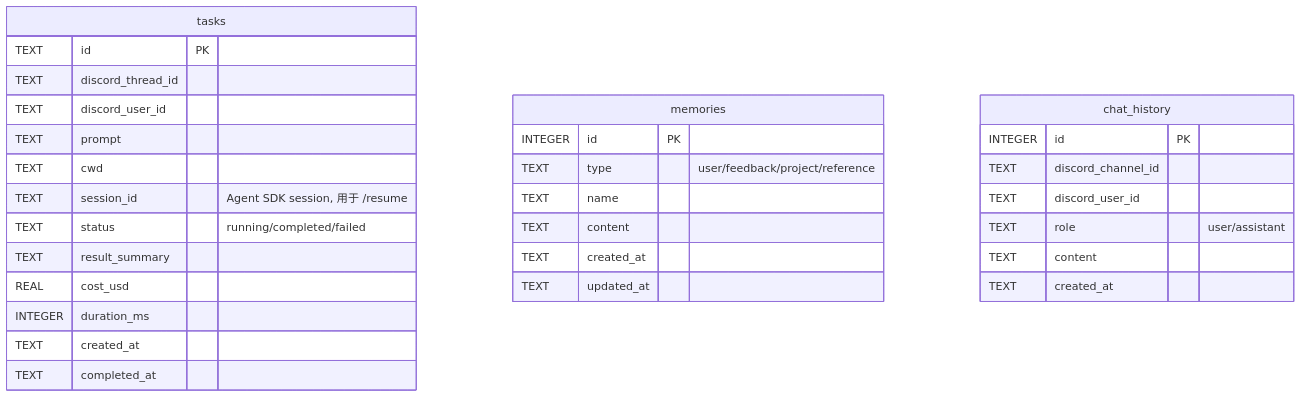
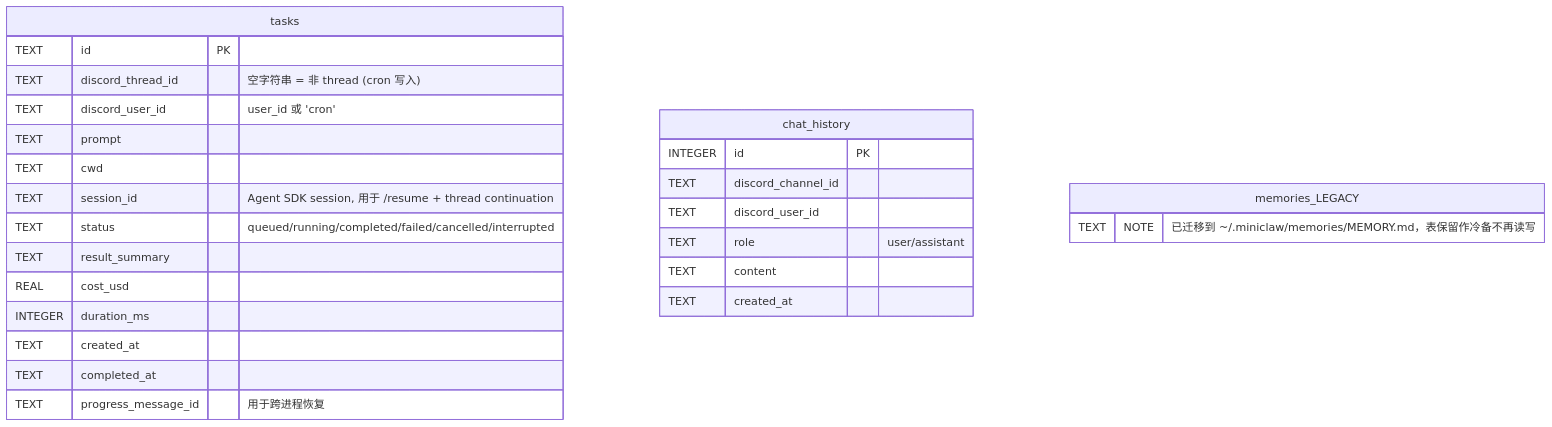
One commit to yuanyunfan/miniclaw changed the fifth of 5 diagrams in docs/architecture.md. Above: the diagram before and after it, drawn with Mermaid. The commit also changed other lines of this file and 1 other file, not shown here.

First line of the commit message:
docs: 更新 architecture.md + bot-routing.md 反映最近所有改动

````diff
--- a/docs/architecture.md
+++ b/docs/architecture.md
@@ -247,33 +344,29 @@
 ```mermaid
 erDiagram
     tasks {
         TEXT id PK
-        TEXT discord_thread_id
-        TEXT discord_user_id
+        TEXT discord_thread_id "空字符串 = 非 thread (cron 写入)"
+        TEXT discord_user_id "user_id 或 'cron'"
         TEXT prompt
         TEXT cwd
-        TEXT session_id "Agent SDK session, 用于 /resume"
-        TEXT status "running/completed/failed"
+        TEXT session_id "Agent SDK session, 用于 /resume + thread continuation"
+        TEXT status "queued/running/completed/failed/cancelled/interrupted"
         TEXT result_summary
         REAL cost_usd
         INTEGER duration_ms
         TEXT created_at
         TEXT completed_at
-    }
-    memories {
-        INTEGER id PK
-        TEXT type "user/feedback/project/reference"
-        TEXT name
-        TEXT content
-        TEXT created_at
-        TEXT updated_at
+        TEXT progress_message_id "用于跨进程恢复"
     }
     chat_history {
         INTEGER id PK
         TEXT discord_channel_id
         TEXT discord_user_id
         TEXT role "user/assistant"
         TEXT content
         TEXT created_at
     }
+    memories_LEGACY {
+        TEXT NOTE "已迁移到 ~/.miniclaw/memories/MEMORY.md，表保留作冷备不再读写"
+    }
 ```
````
